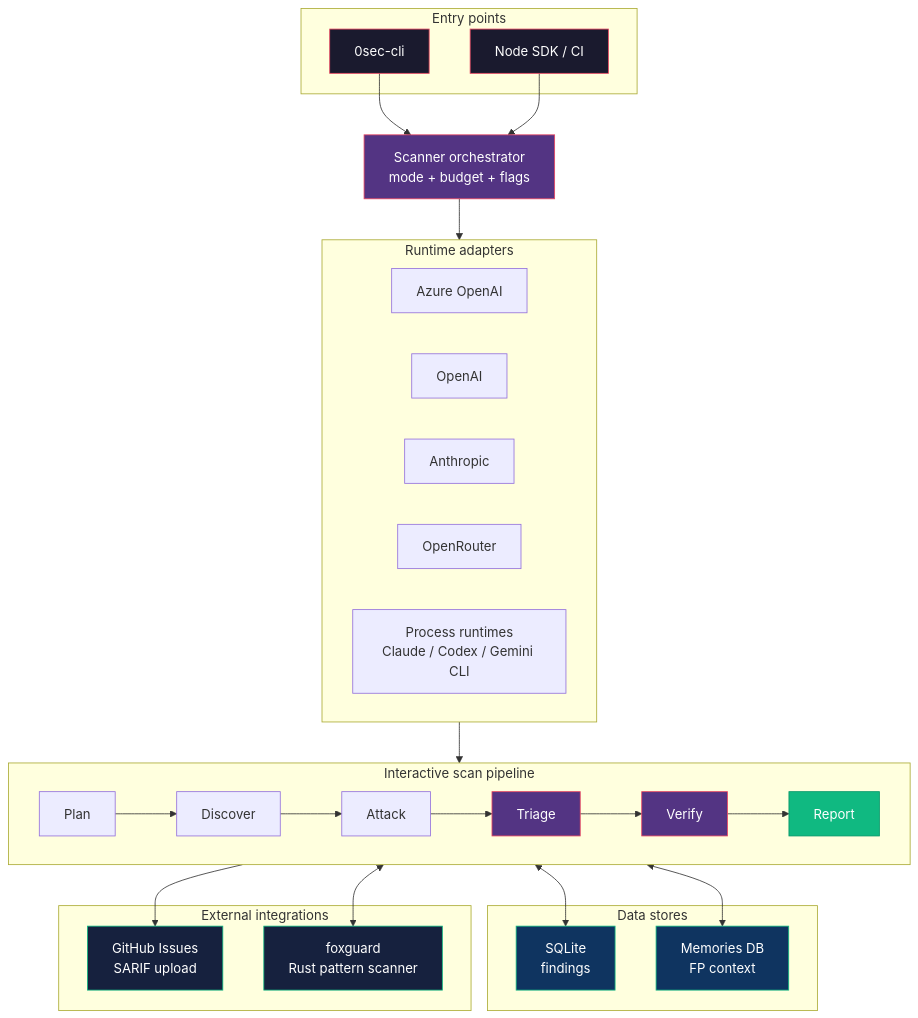
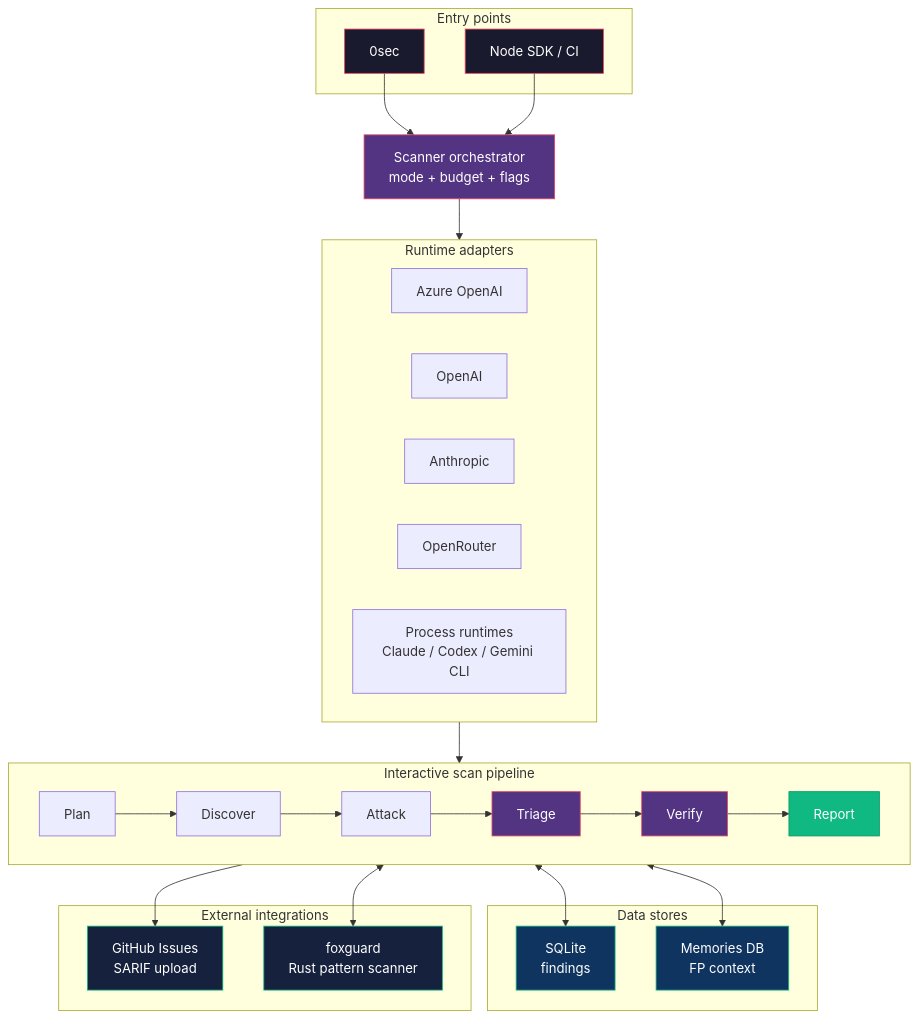
One commit to 0sec-labs/0sec changed the second of 2 diagrams in docs/src/content/docs/architecture.md. Above: the diagram before and after it, drawn with Mermaid. The commit also changed 65 other files, not shown here.

````diff
--- a/docs/src/content/docs/architecture.md
+++ b/docs/src/content/docs/architecture.md
@@ -138,52 +138,52 @@
 ```mermaid
 flowchart TB
     subgraph Entry[Entry points]
-        CLI[0sec-cli]
+        CLI[0sec]
         API[Node SDK / CI]
     end
 
     subgraph Runtimes[Runtime adapters]
         AZ[Azure OpenAI]
         OAI[OpenAI]
         ANT[Anthropic]
         OR[OpenRouter]
         PROC["Process runtimes\nClaude / Codex / Gemini CLI"]
     end
 
     ORCH["Scanner orchestrator\nmode + budget + flags"]
 
     subgraph Pipeline[Interactive scan pipeline]
         direction LR
         P1[Plan] --> P2[Discover] --> P3[Attack] --> P4[Triage] --> P5[Verify] --> P6[Report]
     end
 
     subgraph Stores[Data stores]
         FDB["SQLite\nfindings"]
         MDB["Memories DB\nFP context"]
     end
 
     subgraph Ext[External integrations]
         GH["GitHub Issues\nSARIF upload"]
         FX["foxguard\nRust pattern scanner"]
     end
 
     CLI --> ORCH
     API --> ORCH
     ORCH --> Runtimes
     Runtimes --> Pipeline
     Pipeline <--> FDB
     P4 <--> MDB
     P4 <--> FX
     P6 --> GH
 
     style CLI fill:#1a1a2e,stroke:#e94560,color:#fff
     style API fill:#1a1a2e,stroke:#e94560,color:#fff
     style ORCH fill:#533483,stroke:#e94560,color:#fff
     style P4 fill:#533483,stroke:#e94560,color:#fff
     style P5 fill:#533483,stroke:#e94560,color:#fff
     style P6 fill:#10b981,stroke:#059669,color:#fff
     style FDB fill:#0f3460,stroke:#10b981,color:#fff
     style MDB fill:#0f3460,stroke:#10b981,color:#fff
     style GH fill:#16213e,stroke:#10b981,color:#fff
     style FX fill:#16213e,stroke:#10b981,color:#fff
 ```
````
